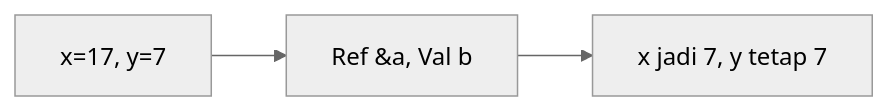
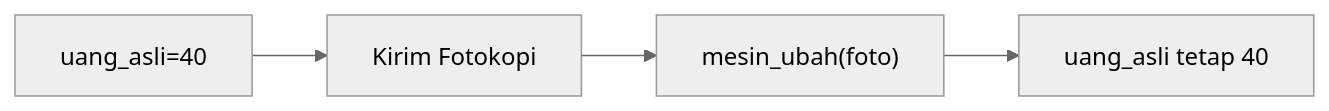
Diagram 15 of 25 in part-c-pemahaman-cpp/04-fungsi/latihan/set-05.md (amnahwaida/OSNK_INF_PREP), drawn with Mermaid (neutral theme) before and after one commit. The commit also changed other lines of this file and 71 other files, not shown here.

````diff
--- a/part-c-pemahaman-cpp/04-fungsi/latihan/set-05.md
+++ b/part-c-pemahaman-cpp/04-fungsi/latihan/set-05.md
@@ -393,5 +413,6 @@
 ```mermaid
 graph LR
-A["x=17, y=7"] --> B["Ref &a, Val b"]
-B --> C["x jadi 7, y tetap 7"]
+A["uang_asli=40"] --> B["Kirim Fotokopi"]
+B --> C["mesin_ubah(foto)"]
+C --> D["uang_asli tetap 40"]
 ```
````
